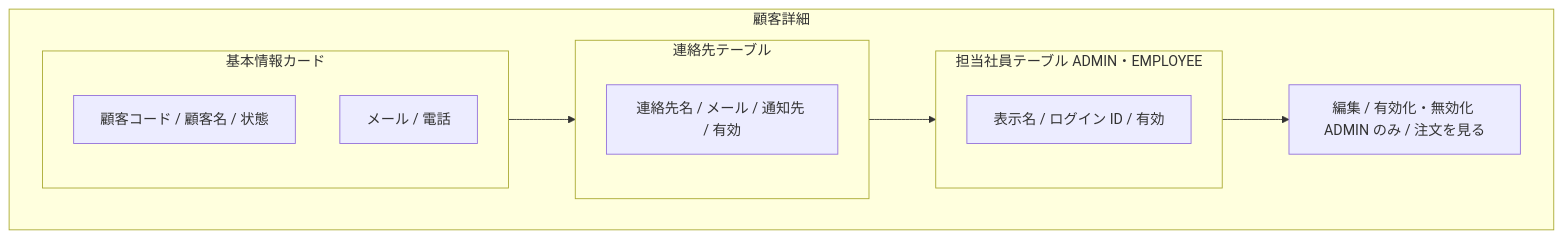
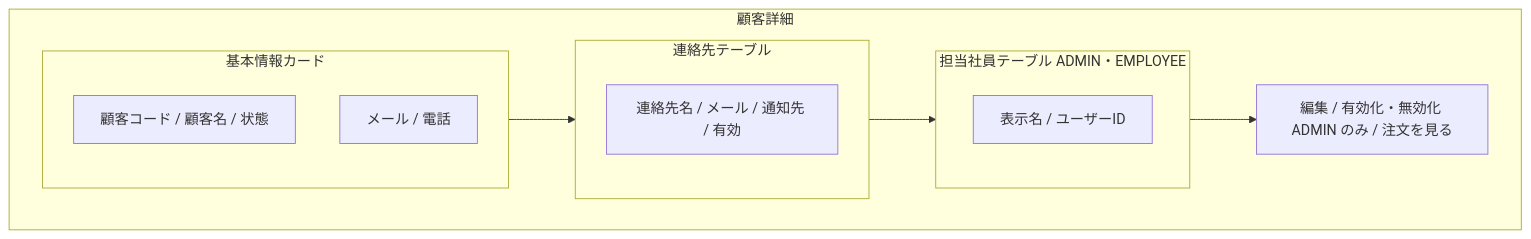
The second of 3 diagrams in docs/基本設計/業務設計/customer/spec-customer-screen-ui.md (quyangboxjob/DDMSAA), drawn with Mermaid before and after one commit. The commit also changed other lines of this file and 48 other files, not shown here.

````diff
--- a/docs/基本設計/業務設計/customer/spec-customer-screen-ui.md
+++ b/docs/基本設計/業務設計/customer/spec-customer-screen-ui.md
@@ -49,17 +49,17 @@
 ```mermaid
 flowchart TB
   subgraph P[顧客詳細]
     subgraph H[基本情報カード]
       H1[顧客コード / 顧客名 / 状態]
       H2[メール / 電話]
     end
     subgraph C[連絡先テーブル]
       C1[連絡先名 / メール / 通知先 / 有効]
     end
     subgraph E[担当社員テーブル ADMIN・EMPLOYEE]
-      E1[表示名 / ログイン ID / 有効]
+      E1[表示名 / ユーザーID]
     end
     ACT[編集 / 有効化・無効化 ADMIN のみ / 注文を見る]
   end
   H --> C --> E --> ACT
 ```
````
